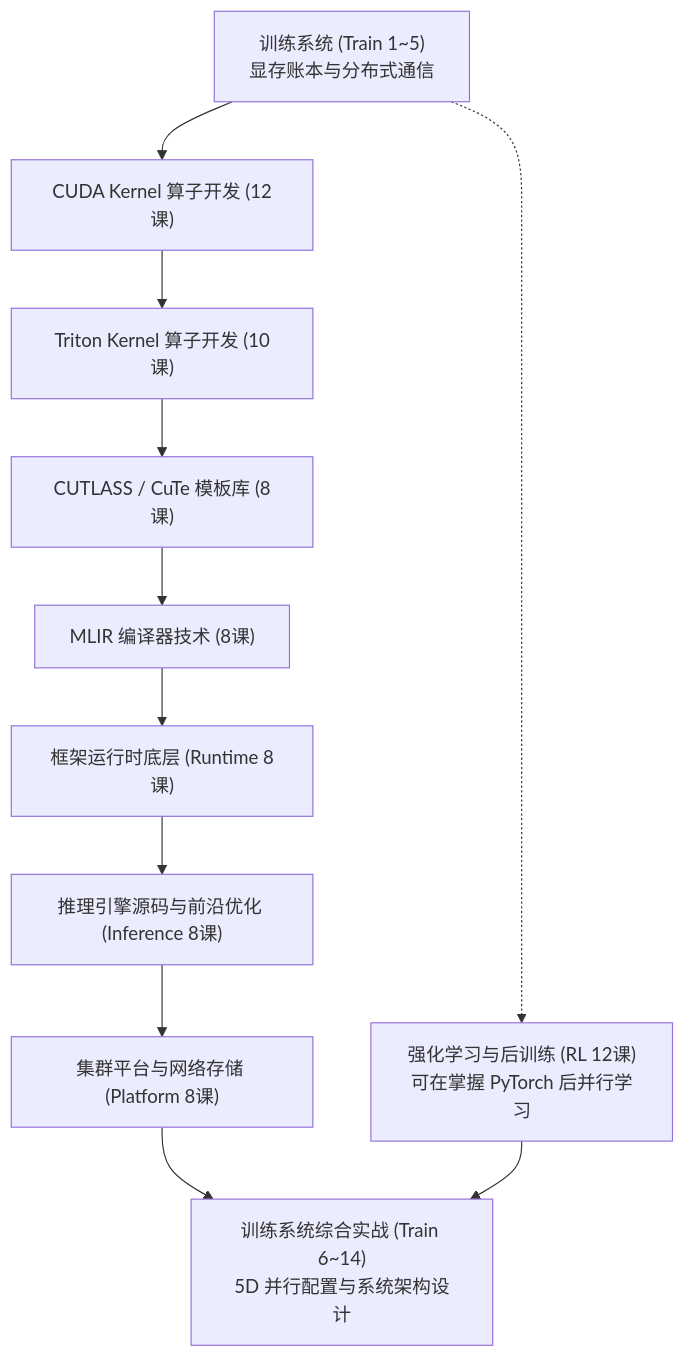
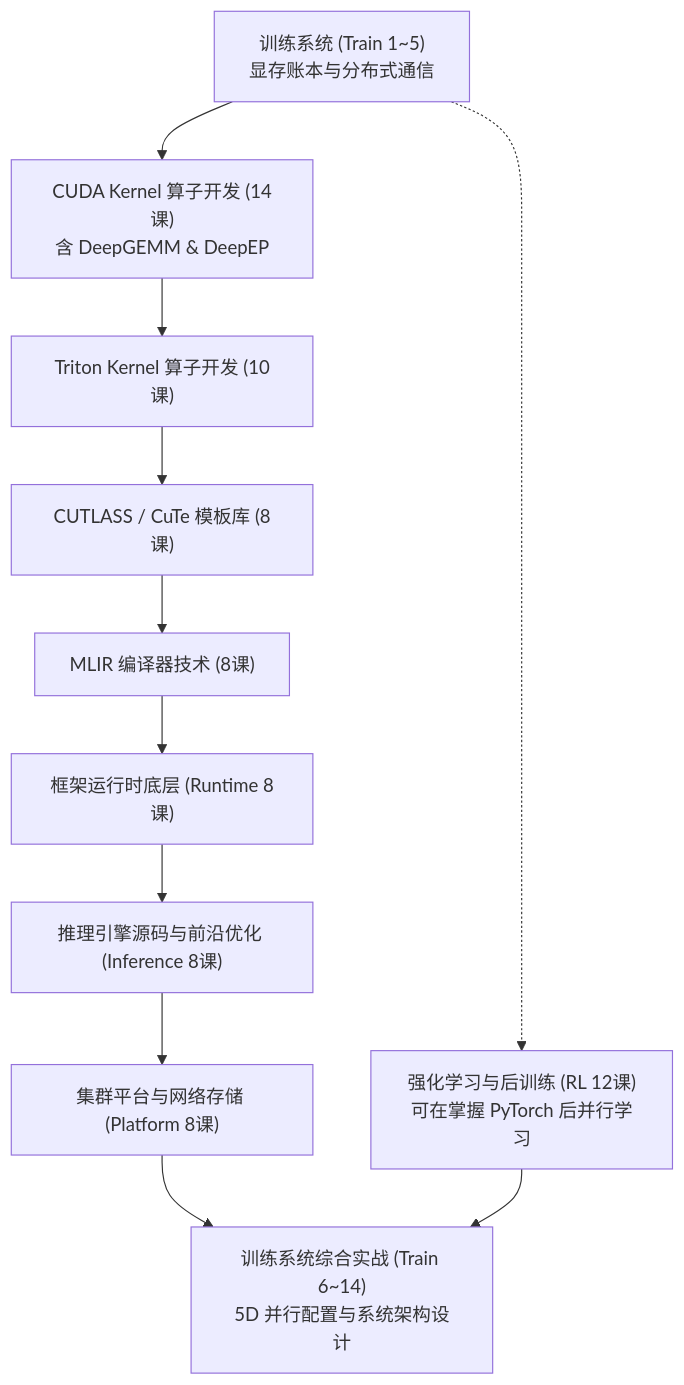
The diagram in index.qmd (hsthanb4/hpclearning), drawn with Mermaid before and after one commit. The commit also changed other lines of this file and 4 other files, not shown here.

Commit message:
feat(cuda): add in-depth lessons for DeepSeek DeepGEMM and DeepEP (Lessons 13-14)

````diff
--- a/index.qmd
+++ b/index.qmd
@@ -40,14 +40,14 @@
 ```{mermaid}
 flowchart TD
-    A["训练系统 (Train 1~5)<br>显存账本与分布式通信"] --> B["CUDA Kernel 算子开发 (12课)"]
+    A["训练系统 (Train 1~5)<br>显存账本与分布式通信"] --> B["CUDA Kernel 算子开发 (14课)<br>含 DeepGEMM & DeepEP"]
     B --> C["Triton Kernel 算子开发 (10课)"]
     C --> D["CUTLASS / CuTe 模板库 (8课)"]
     D --> E["MLIR 编译器技术 (8课)"]
     E --> F["框架运行时底层 (Runtime 8课)"]
     F --> G["推理引擎源码与前沿优化 (Inference 8课)"]
     G --> H["集群平台与网络存储 (Platform 8课)"]
     
     A -.-> I["强化学习与后训练 (RL 12课)<br>可在掌握 PyTorch 后并行学习"]
     H --> J["训练系统综合实战 (Train 6~14)<br>5D 并行配置与系统架构设计"]
     I --> J
 ```
````
